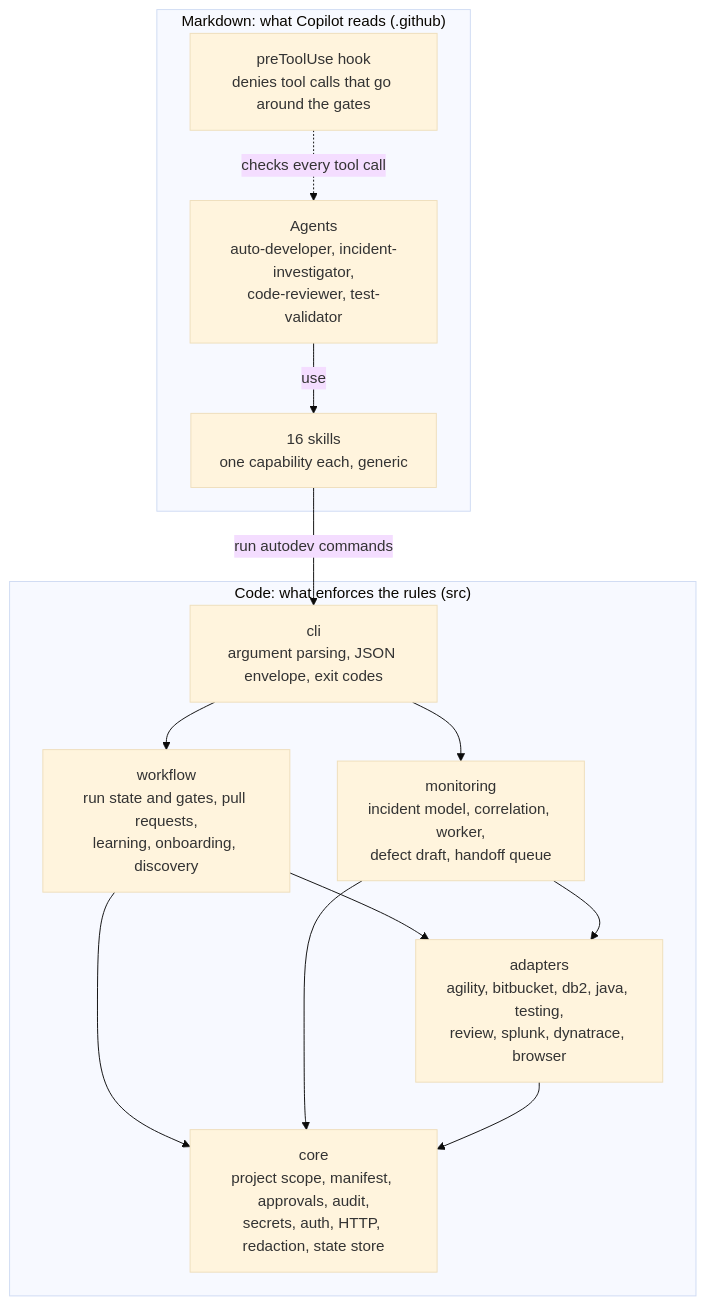
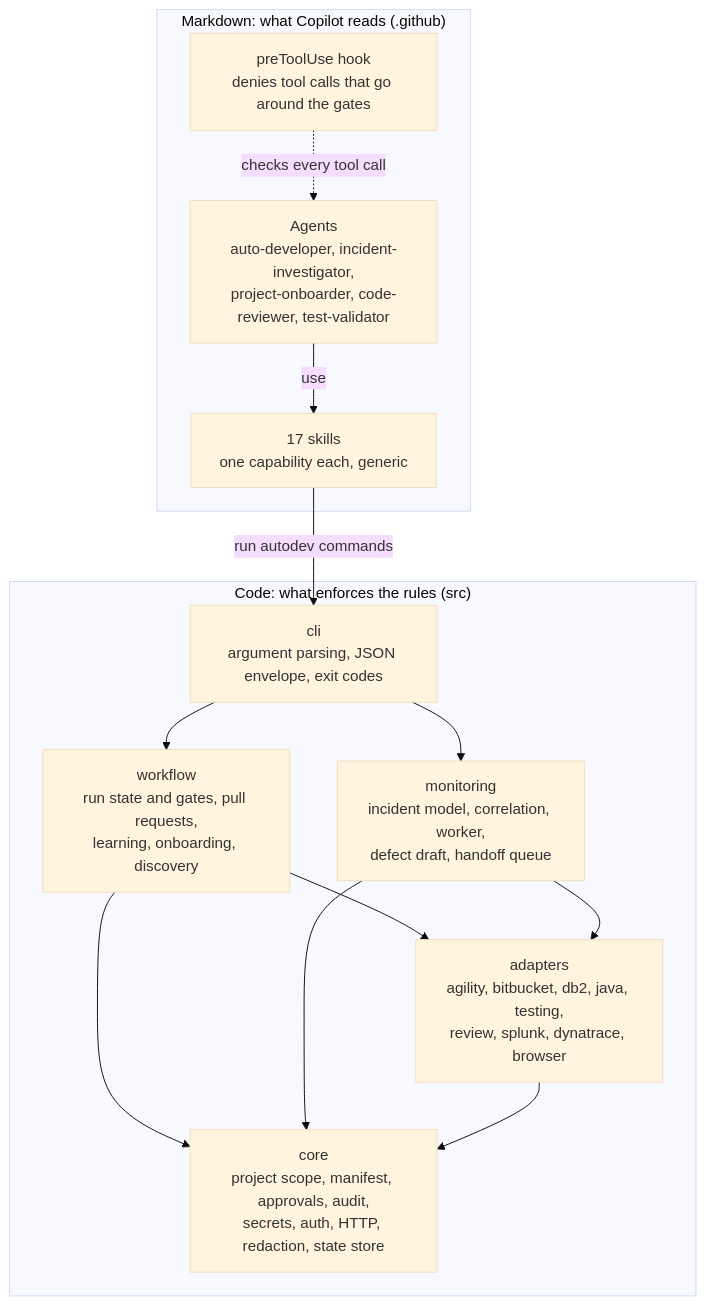
The second of 14 diagrams in docs/diagrams.md (balapininti/Copilot-CLI-Auto-Developer), drawn with Mermaid (base theme) before and after one commit. The commit also changed other lines of this file and 19 other files, not shown here.

````diff
--- a/docs/diagrams.md
+++ b/docs/diagrams.md
@@ -64,27 +65,27 @@
 ```mermaid
 flowchart TB
     subgraph md["Markdown: what Copilot reads (.github)"]
-        agents["Agents<br/>auto-developer, incident-investigator,<br/>code-reviewer, test-validator"]
-        skills["16 skills<br/>one capability each, generic"]
+        agents["Agents<br/>auto-developer, incident-investigator,<br/>project-onboarder, code-reviewer, test-validator"]
+        skills["17 skills<br/>one capability each, generic"]
         hook["preToolUse hook<br/>denies tool calls that go around the gates"]
     end
 
     subgraph code["Code: what enforces the rules (src)"]
         clilayer["cli<br/>argument parsing, JSON envelope, exit codes"]
         workflow["workflow<br/>run state and gates, pull requests,<br/>learning, onboarding, discovery"]
         monitoring["monitoring<br/>incident model, correlation, worker,<br/>defect draft, handoff queue"]
         adapters["adapters<br/>agility, bitbucket, db2, java, testing,<br/>review, splunk, dynatrace, browser"]
         core["core<br/>project scope, manifest, approvals, audit,<br/>secrets, auth, HTTP, redaction, state store"]
     end
 
     agents -- "use" --> skills
     skills -- "run autodev commands" --> clilayer
     hook -. "checks every tool call" .-> agents
     clilayer --> workflow
     clilayer --> monitoring
     workflow --> adapters
     monitoring --> adapters
     workflow --> core
     monitoring --> core
     adapters --> core
 ```
````
